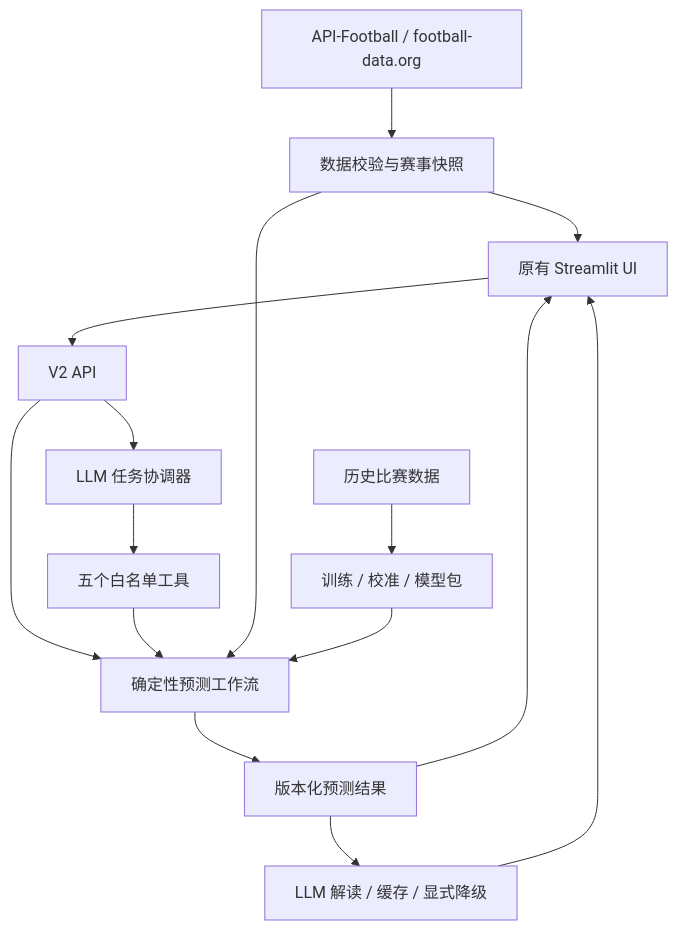
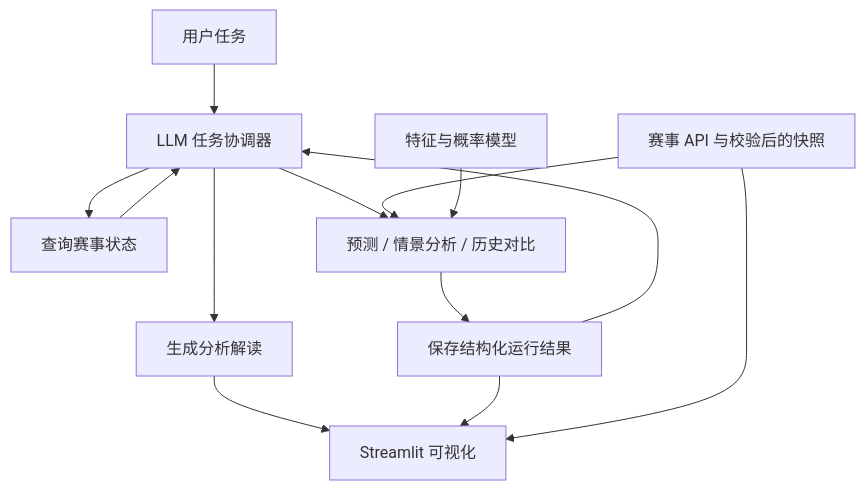
One commit to leWLW-le/worldcup-prediction-agent changed the diagram in README.md. Above: the diagram before and after it, drawn with Mermaid. The commit also changed other lines of this file, not shown here.

````diff
--- a/README.md
+++ b/README.md
@@ -67,17 +27,15 @@
 ```mermaid
 flowchart TD
-  UI[原有 Streamlit UI] --> API[V2 API]
-  API --> C[LLM 任务协调器]
-  C --> T[五个白名单工具]
-  API --> P[确定性预测工作流]
-  T --> P
-  D[API-Football / football-data.org] --> S[数据校验与赛事快照]
-  S --> P
-  H[历史比赛数据] --> M[训练 / 校准 / 模型包]
-  M --> P
-  P --> R[版本化预测结果]
-  R --> E[LLM 解读 / 缓存 / 显式降级]
-  R --> UI
-  E --> UI
-  S --> UI
+    U[用户任务] --> C[LLM 任务协调器]
+    C --> Q[查询赛事状态]
+    Q --> C
+    C --> W[预测 / 情景分析 / 历史对比]
+    D[赛事 API 与校验后的快照] --> W
+    M[特征与概率模型] --> W
+    W --> R[保存结构化运行结果]
+    R --> C
+    C --> E[生成分析解读]
+    E --> V[Streamlit 可视化]
+    R --> V
+    D --> V
 ```
````
